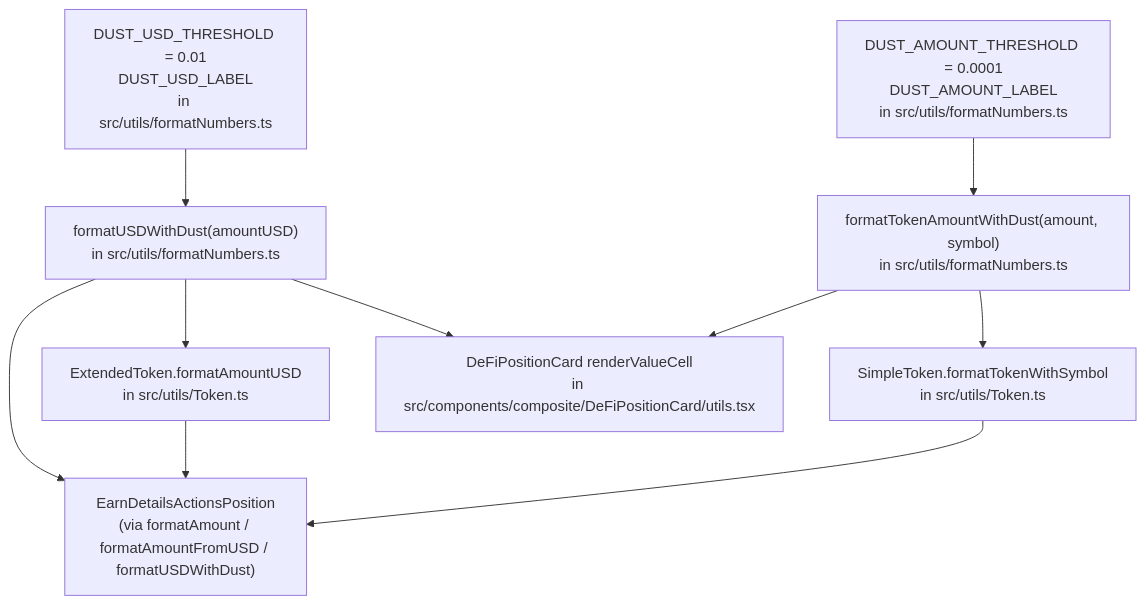
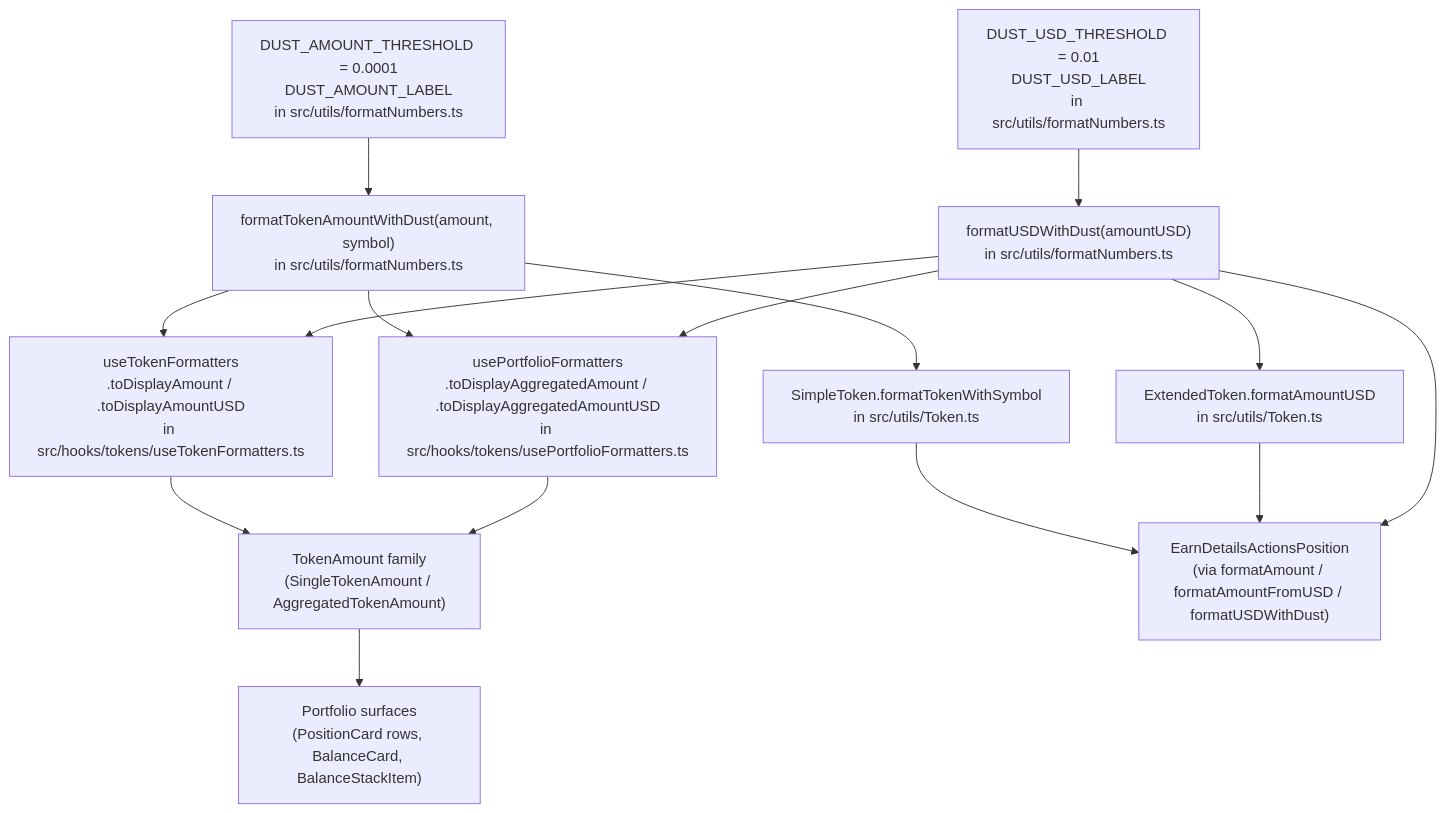
The diagram in docs/decisions/dust-rendering.md (jumperexchange/jumper-exchange), drawn with Mermaid before and after one commit. The commit also changed other lines of this file, not shown here.

Commit message:
docs: update dust-rendering decision to reference formatter hooks (JUM-840)
Reflect the move from the (now-deleted) DeFiPositionCard component to
useTokenFormatters / usePortfolioFormatters as the Portfolio entry
points. Update the mermaid diagram to show both the hook path
(Portfolio surfaces via TokenAmount) and the Token.ts path (Earn).
Drop the stale "PositionCard caps via maximumFractionDigits" claim
from the out-of-scope section and note the DeFiPositionCard folder
removal.

````diff
--- a/docs/decisions/dust-rendering.md
+++ b/docs/decisions/dust-rendering.md
@@ -21,21 +21,33 @@
 ```mermaid
 flowchart TD
   TokenConst["DUST_AMOUNT_THRESHOLD = 0.0001\nDUST_AMOUNT_LABEL\nin src/utils/formatNumbers.ts"]
   TokenHelper["formatTokenAmountWithDust(amount, symbol)\nin src/utils/formatNumbers.ts"]
   USDConst["DUST_USD_THRESHOLD = 0.01\nDUST_USD_LABEL\nin src/utils/formatNumbers.ts"]
   USDHelper["formatUSDWithDust(amountUSD)\nin src/utils/formatNumbers.ts"]
-  TokenMethod["SimpleToken.formatTokenWithSymbol\nin src/utils/Token.ts"]
+
+  TokenHook["useTokenFormatters\n.toDisplayAmount / .toDisplayAmountUSD\nin src/hooks/tokens/useTokenFormatters.ts"]
+  PortfolioHook["usePortfolioFormatters\n.toDisplayAggregatedAmount / .toDisplayAggregatedAmountUSD\nin src/hooks/tokens/usePortfolioFormatters.ts"]
+  TokenAmount["TokenAmount family\n(SingleTokenAmount / AggregatedTokenAmount)"]
+  Portfolio["Portfolio surfaces\n(PositionCard rows, BalanceCard, BalanceStackItem)"]
+
+  SimpleMethod["SimpleToken.formatTokenWithSymbol\nin src/utils/Token.ts"]
   USDMethod["ExtendedToken.formatAmountUSD\nin src/utils/Token.ts"]
   Earn["EarnDetailsActionsPosition\n(via formatAmount / formatAmountFromUSD / formatUSDWithDust)"]
-  DeFi["DeFiPositionCard renderValueCell\nin src/components/composite/DeFiPositionCard/utils.tsx"]
 
   TokenConst --> TokenHelper
   USDConst --> USDHelper
-  TokenHelper --> TokenMethod
-  TokenMethod --> Earn
+
+  TokenHelper --> TokenHook
+  USDHelper --> TokenHook
+  TokenHelper --> PortfolioHook
+  USDHelper --> PortfolioHook
+  TokenHook --> TokenAmount
+  PortfolioHook --> TokenAmount
+  TokenAmount --> Portfolio
+
+  TokenHelper --> SimpleMethod
   USDHelper --> USDMethod
+  SimpleMethod --> Earn
   USDMethod --> Earn
   USDHelper --> Earn
-  TokenHelper --> DeFi
-  USDHelper --> DeFi
 ```
````
